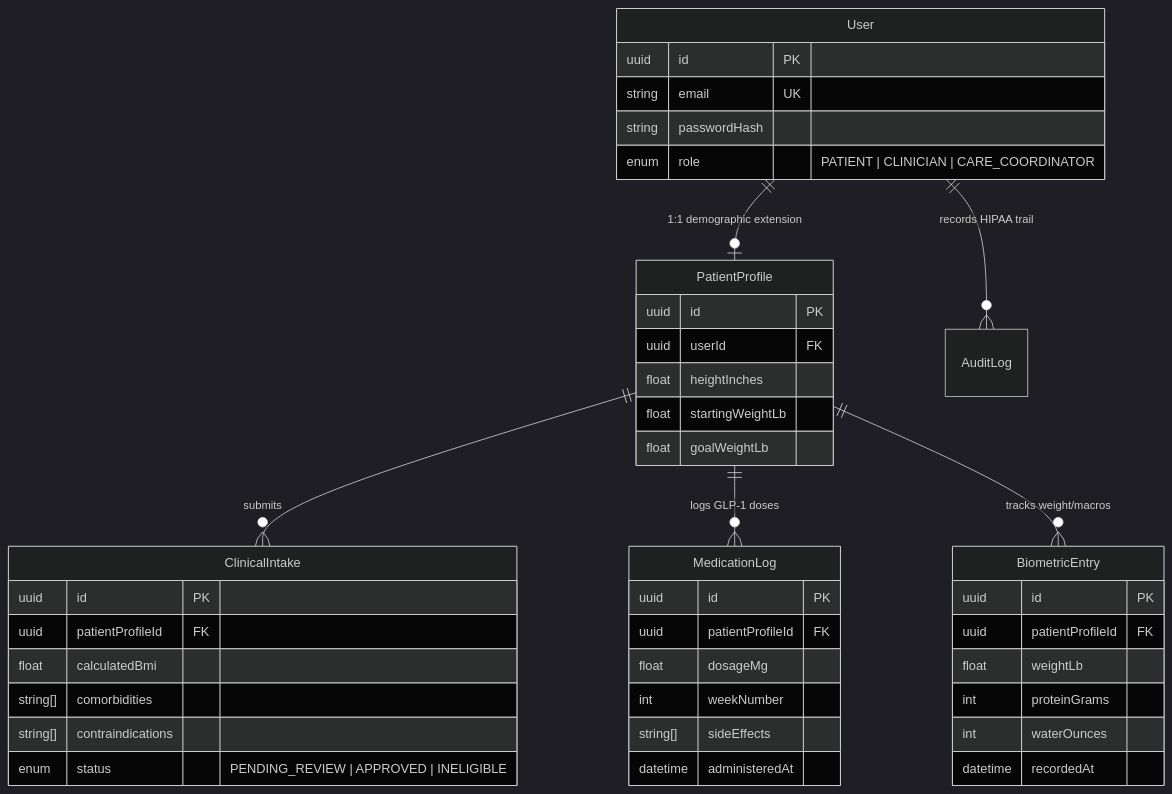
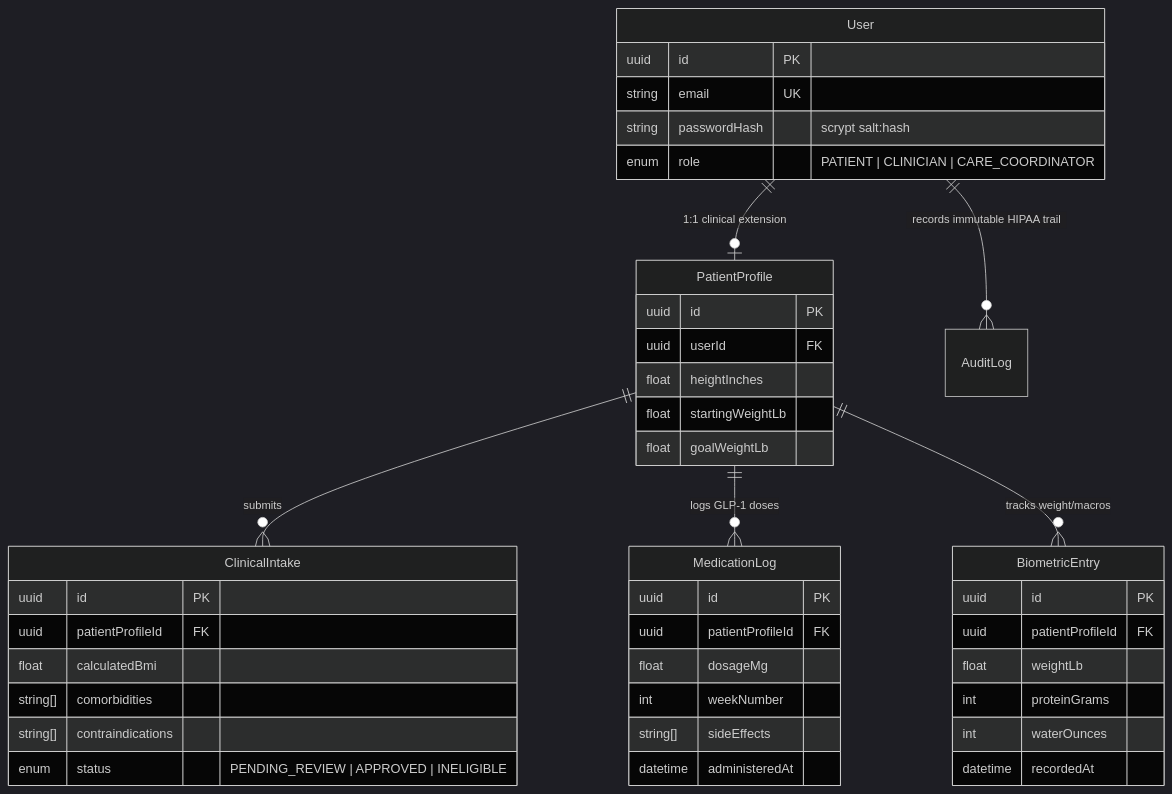
The second of 2 diagrams in README.md (jacobyancey-bit/titrate-health), drawn with Mermaid (dark theme) before and after one commit. The commit also changed other lines of this file, not shown here.

````diff
--- a/README.md
+++ b/README.md
@@ -74,46 +103,46 @@
 ```mermaid
 erDiagram
-  User ||--o| PatientProfile : "1:1 demographic extension"
-  User ||--o{ AuditLog : "records HIPAA trail"
+  User ||--o| PatientProfile : "1:1 clinical extension"
+  User ||--o{ AuditLog : "records immutable HIPAA trail"
   PatientProfile ||--o{ ClinicalIntake : "submits"
   PatientProfile ||--o{ MedicationLog : "logs GLP-1 doses"
   PatientProfile ||--o{ BiometricEntry : "tracks weight/macros"
 
   User {
     uuid id PK
     string email UK
-    string passwordHash
+    string passwordHash "scrypt salt:hash"
     enum role "PATIENT | CLINICIAN | CARE_COORDINATOR"
   }
   PatientProfile {
     uuid id PK
     uuid userId FK
     float heightInches
     float startingWeightLb
     float goalWeightLb
   }
   ClinicalIntake {
     uuid id PK
     uuid patientProfileId FK
     float calculatedBmi
     string[] comorbidities
     string[] contraindications
     enum status "PENDING_REVIEW | APPROVED | INELIGIBLE"
   }
   MedicationLog {
     uuid id PK
     uuid patientProfileId FK
     float dosageMg
     int weekNumber
     string[] sideEffects
     datetime administeredAt
   }
   BiometricEntry {
     uuid id PK
     uuid patientProfileId FK
     float weightLb
     int proteinGrams
     int waterOunces
     datetime recordedAt
   }
 ```
````
